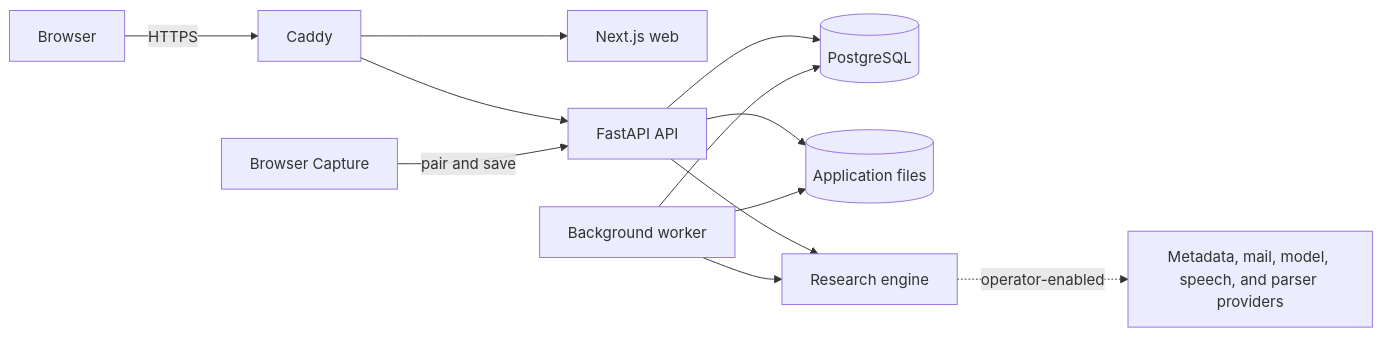
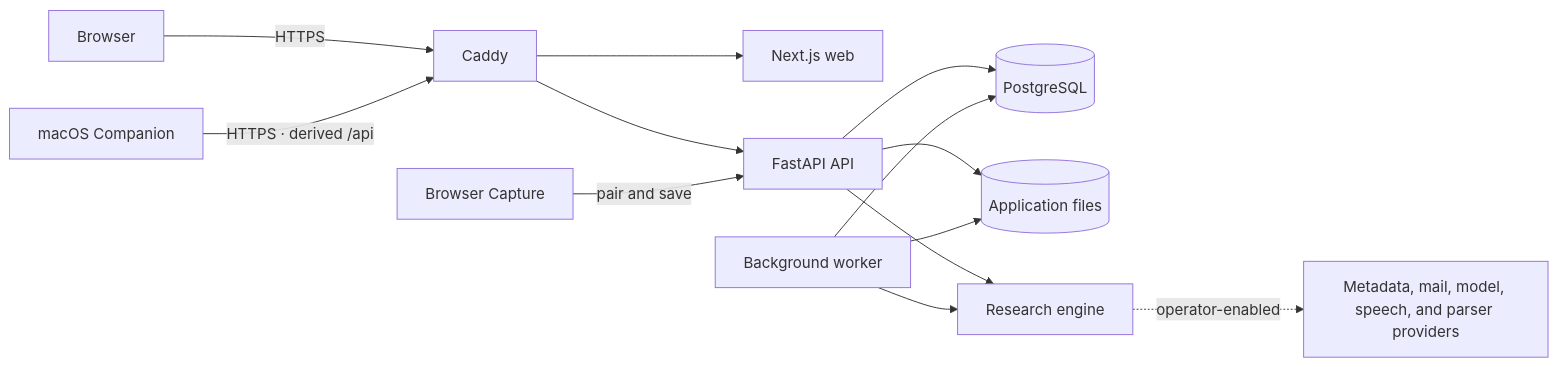
The diagram in README.md (SixSentences/sixsentences), drawn with Mermaid before and after one commit. The commit also changed other lines of this file and 68 other files, not shown here.

Commit message:
feat(companion): add self-hostable macOS source

````diff
--- a/README.md
+++ b/README.md
@@ -95,14 +101,15 @@
 ```mermaid
 flowchart LR
     B[Browser] -->|HTTPS| C[Caddy]
+    M[macOS Companion] -->|HTTPS · derived /api| C
     C --> W[Next.js web]
     C --> A[FastAPI API]
     A --> P[(PostgreSQL)]
     A --> D[(Application files)]
     Q[Background worker] --> P
     Q --> D
     X[Browser Capture] -->|pair and save| A
     A --> E[Research engine]
     Q --> E
     E -. operator-enabled .-> O[Metadata, mail, model, speech, and parser providers]
 ```
````
